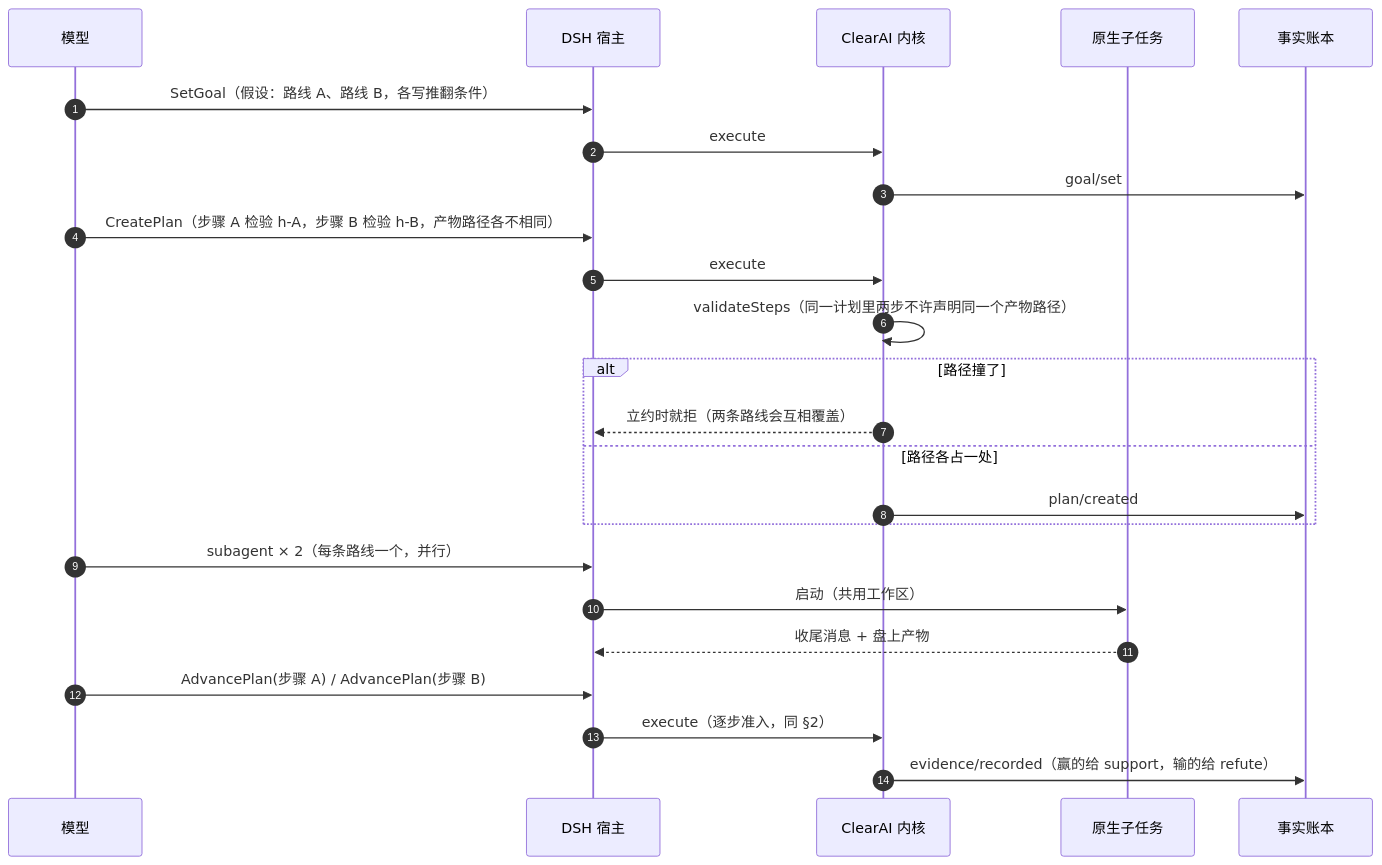
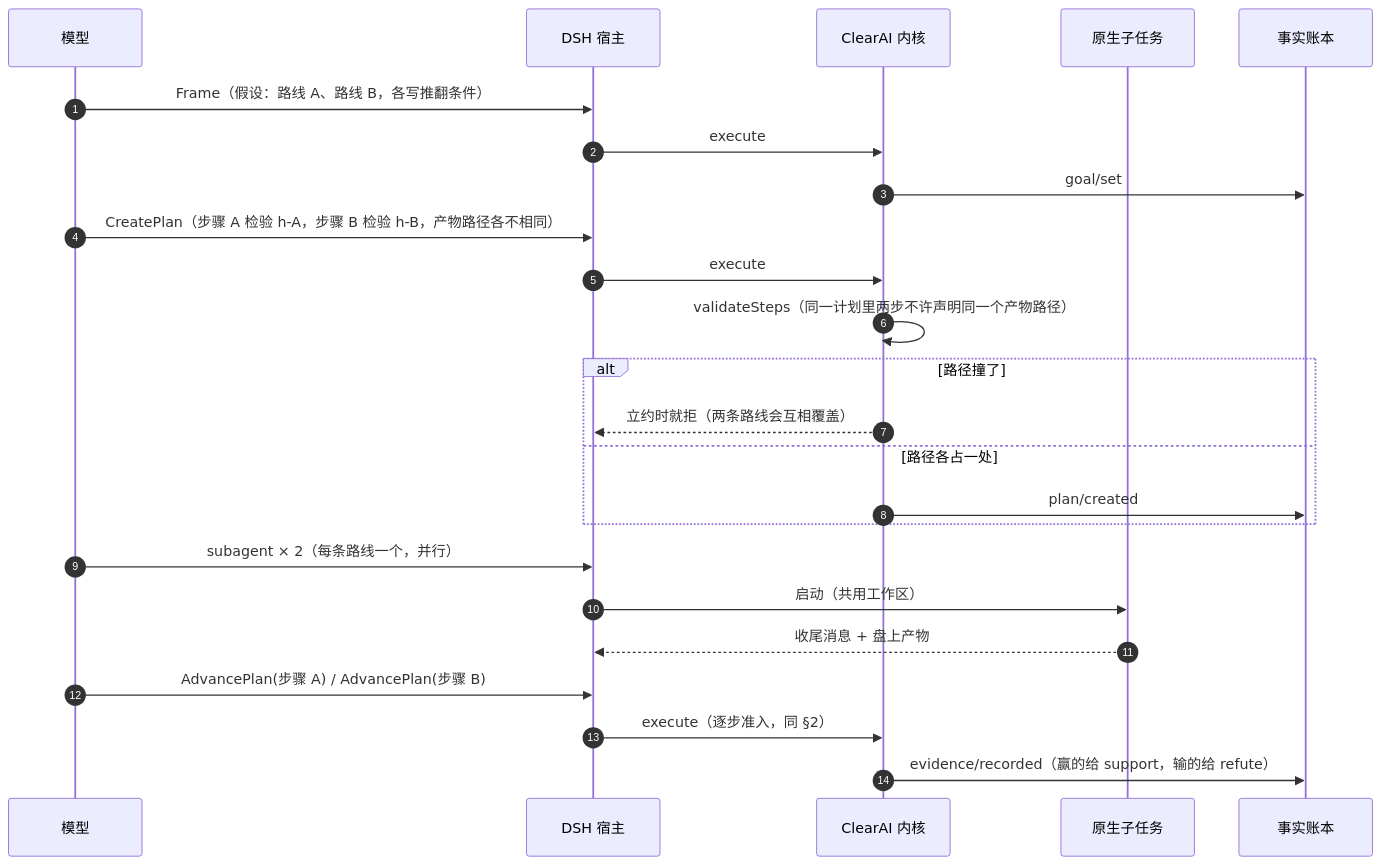
Before and after one commit to Clearailhc/clearai-dsh: the fifth of 8 diagrams in docs/optimization/timing-diagrams.zh-CN.md, drawn with Mermaid. The commit also changed other lines of this file and 42 other files, not shown here.

````diff
--- a/docs/optimization/timing-diagrams.zh-CN.md
+++ b/docs/optimization/timing-diagrams.zh-CN.md
@@ -183,27 +179,27 @@
 ```mermaid
 sequenceDiagram
     autonumber
     participant M as 模型
     participant D as DSH 宿主
     participant K as ClearAI 内核
     participant S as 原生子任务
     participant L as 事实账本
 
-    M->>D: SetGoal（假设：路线 A、路线 B，各写推翻条件）
+    M->>D: Frame（假设：路线 A、路线 B，各写推翻条件）
     D->>K: execute
     K->>L: goal/set
     M->>D: CreatePlan（步骤 A 检验 h-A，步骤 B 检验 h-B，产物路径各不相同）
     D->>K: execute
     K->>K: validateSteps（同一计划里两步不许声明同一个产物路径）
     alt 路径撞了
         K-->>D: 立约时就拒（两条路线会互相覆盖）
     else 路径各占一处
         K->>L: plan/created
     end
     M->>D: subagent × 2（每条路线一个，并行）
     D->>S: 启动（共用工作区）
     S-->>D: 收尾消息 + 盘上产物
     M->>D: AdvancePlan(步骤 A) / AdvancePlan(步骤 B)
     D->>K: execute（逐步准入，同 §2）
     K->>L: evidence/recorded（赢的给 support，输的给 refute）
 ```
````
